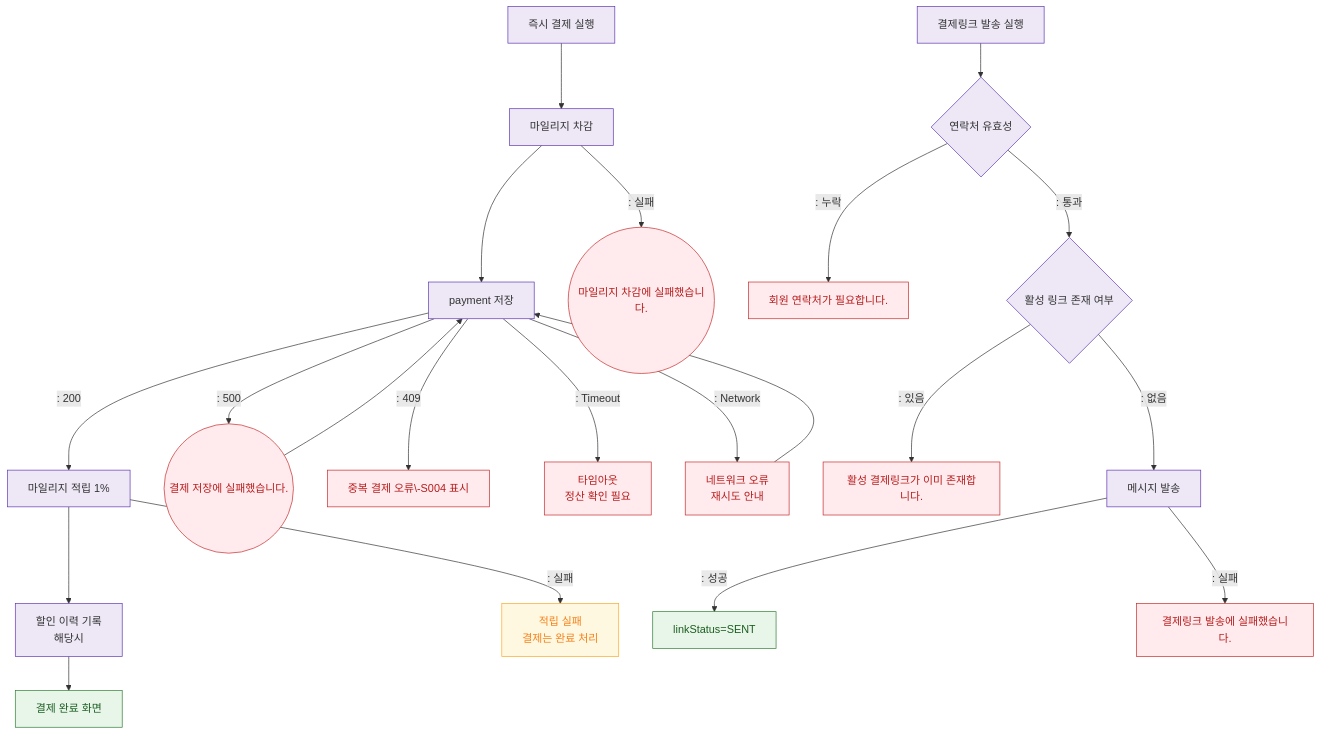
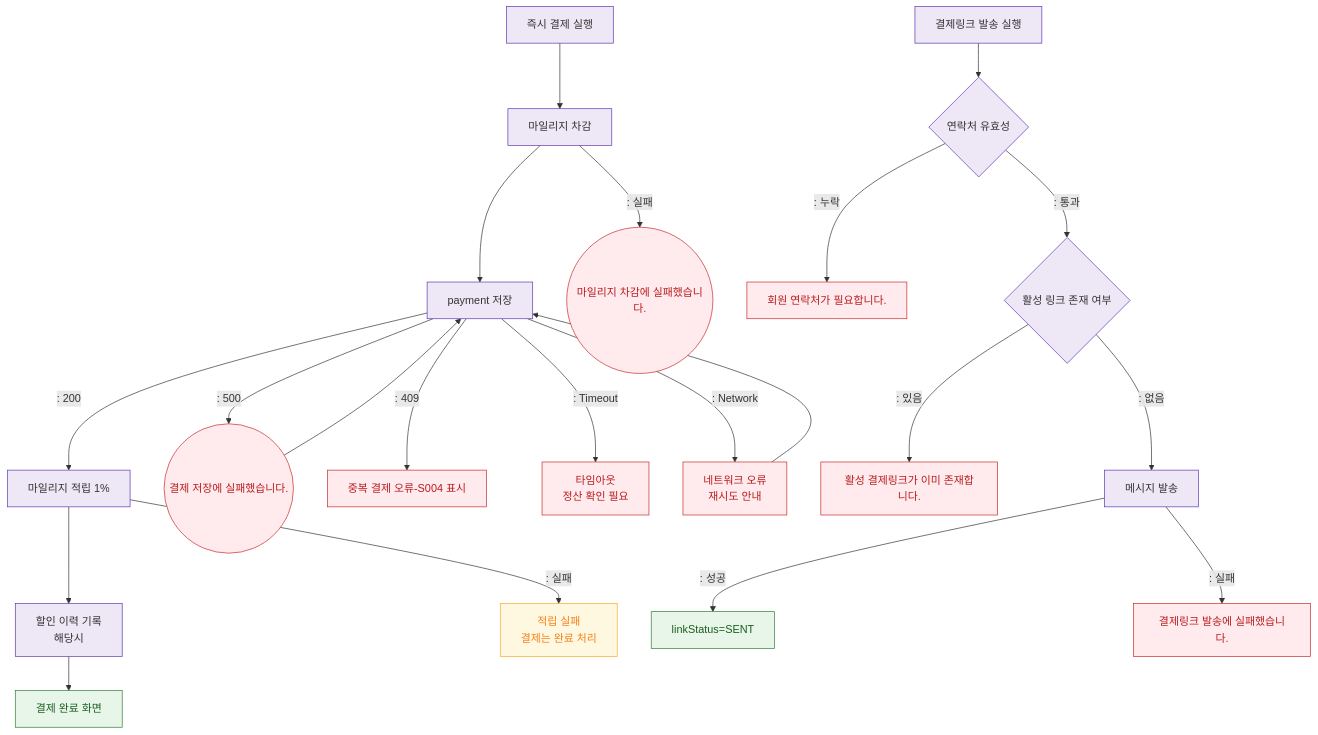
One commit to dev-spogym/admin-pando changed the diagram in docs/admin/다이어그램/D03_매출관리/SCR-S003_결제처리/F8_에러.md. Above: the diagram before and after it, drawn with Mermaid. The commit also changed 369 other files, not shown here.

````diff
--- a/docs/admin/다이어그램/D03_매출관리/SCR-S003_결제처리/F8_에러.md
+++ b/docs/admin/다이어그램/D03_매출관리/SCR-S003_결제처리/F8_에러.md
@@ -18,40 +18,40 @@
 ```mermaid
 flowchart TD
     EXEC[즉시 결제 실행] --> STEP1[마일리지 차감]
 
     STEP1 --> STEP2[payment 저장]
     STEP1 -->|": 실패"|ERR_DEDUCT((마일리지 차감에 실패했습니다.))
 
     STEP2 -->|": 200"|STEP3[마일리지 적립 1%]
     STEP2 -->|": 500"|ERR_INSERT((결제 저장에 실패했습니다.))
-    STEP2 -->|": 409"|ERR_DUP[중복 결제 오류\-S004 표시]
+    STEP2 -->|": 409"|ERR_DUP[중복 결제 오류-S004 표시]
     STEP2 -->|": Timeout"|ERR_TIMEOUT[타임아웃\n정산 확인 필요]
     STEP2 -->|": Network"|ERR_NET[네트워크 오류\n재시도 안내]
 
     STEP3 --> STEP4[할인 이력 기록\n해당시]
     STEP3 -->|": 실패"|ERR_ACCRUE[적립 실패\n결제는 완료 처리]
 
     STEP4 --> COMPLETE[결제 완료 화면]
 
     LINK_EXEC[결제링크 발송 실행] --> LINK_CONTACT{연락처 유효성}
     LINK_CONTACT -->|": 누락"|ERR_CONTACT[회원 연락처가 필요합니다.]
     LINK_CONTACT -->|": 통과"|LINK_ACTIVE_CHECK{활성 링크 존재 여부}
     LINK_ACTIVE_CHECK -->|": 있음"|ERR_LINK_DUP[활성 결제링크가 이미 존재합니다.]
     LINK_ACTIVE_CHECK -->|": 없음"|LINK_SEND[메시지 발송]
     LINK_SEND -->|": 성공"|LINK_DONE[linkStatus=SENT]
     LINK_SEND -->|": 실패"|ERR_LINK_SEND[결제링크 발송에 실패했습니다.]
 
     ERR_INSERT --> STEP2
     ERR_NET --> STEP2
 
     classDef screen fill:#E3F2FD,stroke:#1976D2,color:#0D47A1
     classDef error fill:#FFEBEE,stroke:#C62828,color:#B71C1C
     classDef success fill:#E8F5E9,stroke:#2E7D32,color:#1B5E20
     classDef system fill:#EDE7F6,stroke:#5E35B2
     classDef warning fill:#FFF8E1,stroke:#F9A825,color:#F57F17
 
     class COMPLETE,LINK_DONE success
     class ERR_DEDUCT,ERR_INSERT,ERR_DUP,ERR_TIMEOUT,ERR_NET,ERR_CONTACT,ERR_LINK_DUP,ERR_LINK_SEND error
     class ERR_ACCRUE warning
     class EXEC,STEP1,STEP2,STEP3,STEP4,LINK_EXEC,LINK_CONTACT,LINK_ACTIVE_CHECK,LINK_SEND system
 ```
````
